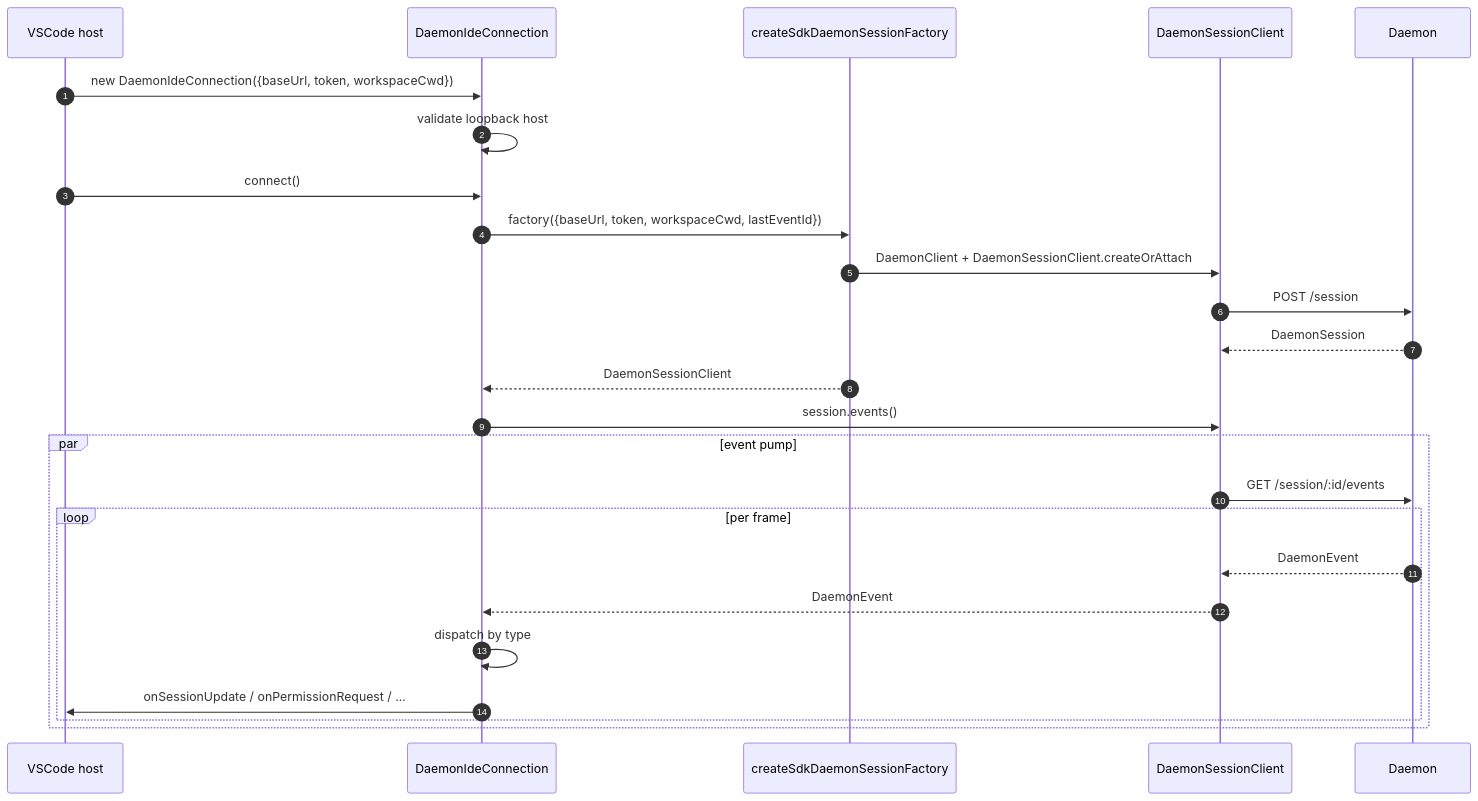
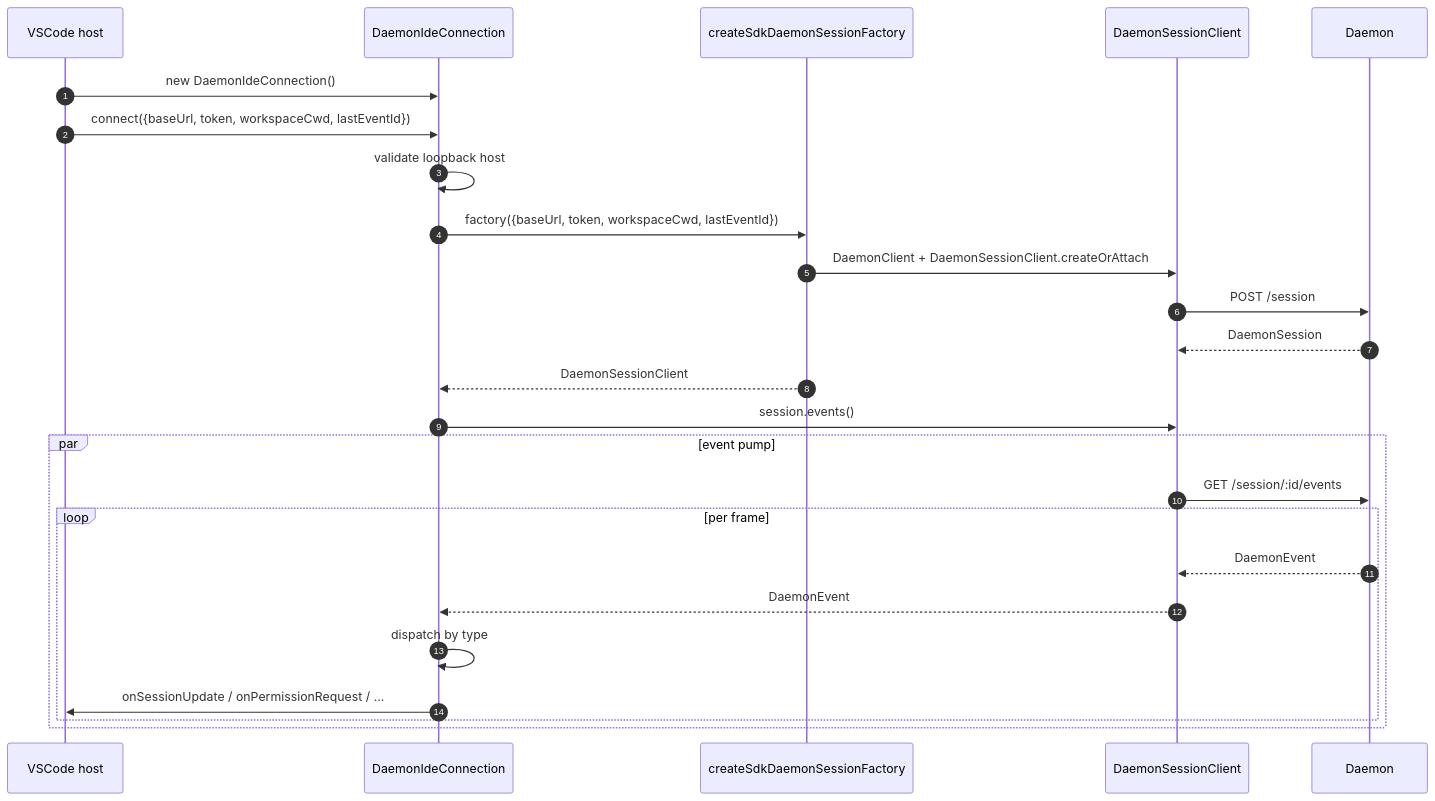
The first of 3 diagrams in docs/developers/daemon/16-vscode-ide-adapter.md (QwenLM/qwen-code), drawn with Mermaid before and after one commit. The commit also changed other lines of this file, not shown here.

````diff
--- a/docs/developers/daemon/16-vscode-ide-adapter.md
+++ b/docs/developers/daemon/16-vscode-ide-adapter.md
@@ -98,28 +93,28 @@
 ```mermaid
 sequenceDiagram
     autonumber
     participant H as VSCode host
     participant C as DaemonIdeConnection
     participant F as createSdkDaemonSessionFactory
     participant SDK as DaemonSessionClient
     participant D as Daemon
 
-    H->>C: new DaemonIdeConnection({baseUrl, token, workspaceCwd})
+    H->>C: new DaemonIdeConnection()
+    H->>C: connect({baseUrl, token, workspaceCwd, lastEventId})
     C->>C: validate loopback host
-    H->>C: connect()
     C->>F: factory({baseUrl, token, workspaceCwd, lastEventId})
     F->>SDK: DaemonClient + DaemonSessionClient.createOrAttach
     SDK->>D: POST /session
     D-->>SDK: DaemonSession
     F-->>C: DaemonSessionClient
     C->>SDK: session.events()
     par event pump
         SDK->>D: GET /session/:id/events
         loop per frame
             D-->>SDK: DaemonEvent
             SDK-->>C: DaemonEvent
             C->>C: dispatch by type
             C->>H: onSessionUpdate / onPermissionRequest / ...
         end
     end
 ```
````
